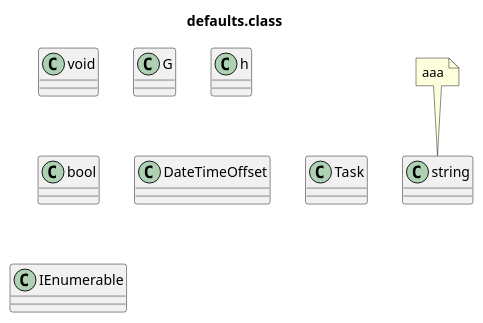
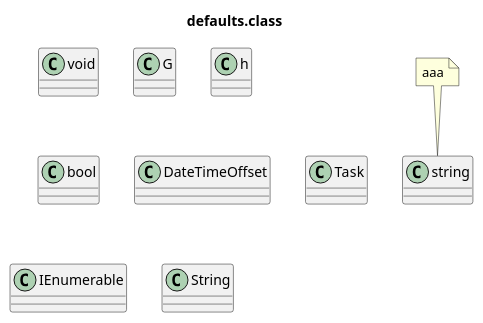
One commit to AnQueth/PlantUMLEditor changed the diagram in testdocs/defaults.class.puml. Above: the diagram before and after it, drawn with PlantUML. The commit also changed 17 other files, not shown here.

```diff
--- a/testdocs/defaults.class.puml
+++ b/testdocs/defaults.class.puml
@@ -1,27 +1,27 @@
 @startuml
 title defaults.class
- 
-class void { 
- } 
-class G { 
- } 
-class string { 
- } 
+class void {
+ }
+class G {
+ }
+class string {
+ }
 note top of string
 aaa
 end note
 
 'aaaa fgggg
-class h { 
- } 
-class bool { 
- } 
-class DateTimeOffset { 
- } 
-class Task { 
- } 
-class IEnumerable { 
- } 
- 
+class h {
+ }
+class bool {
+ }
+class DateTimeOffset {
+ }
+class Task {
+ }
+class IEnumerable {
+ }
+class String {
+ }
 
 @enduml
```
